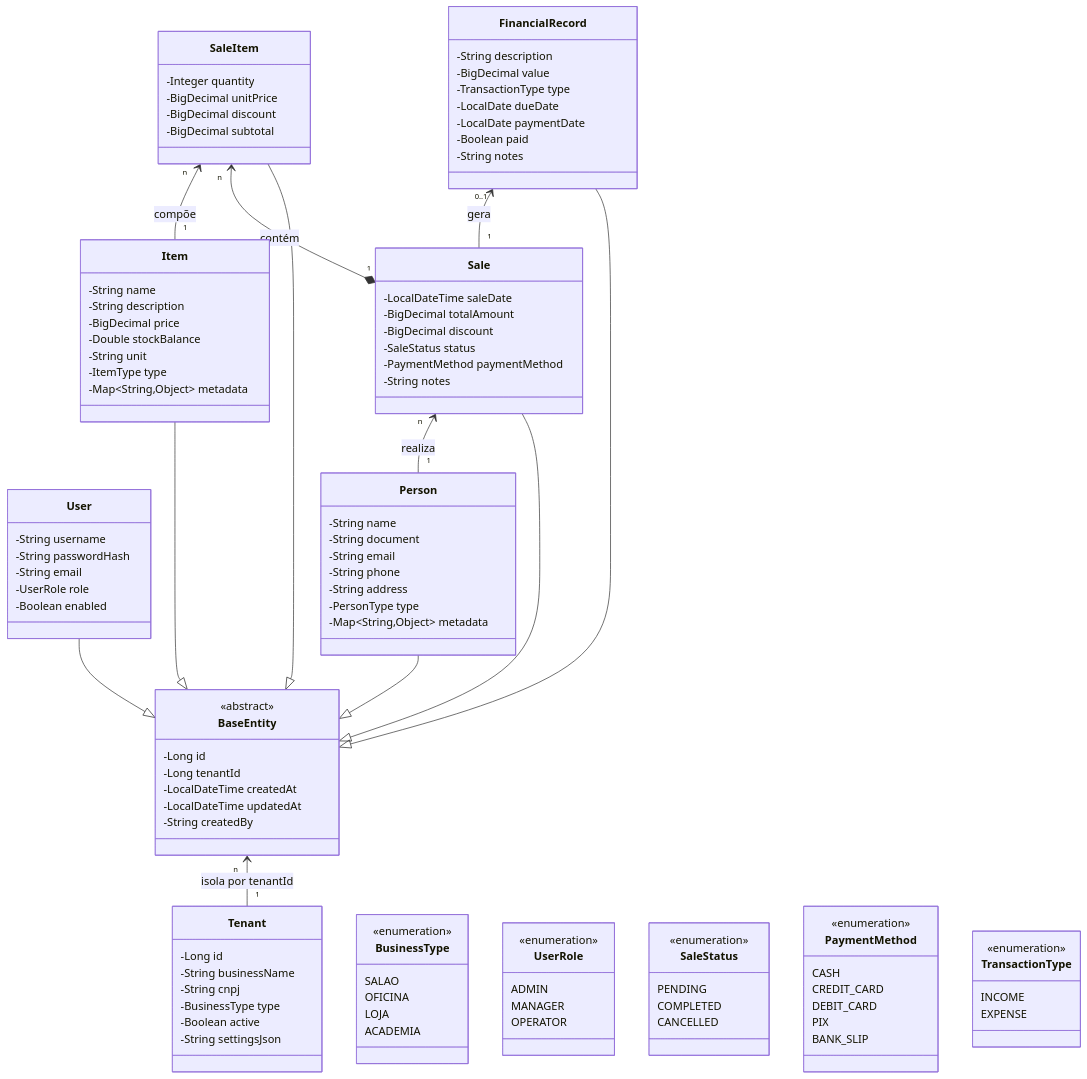
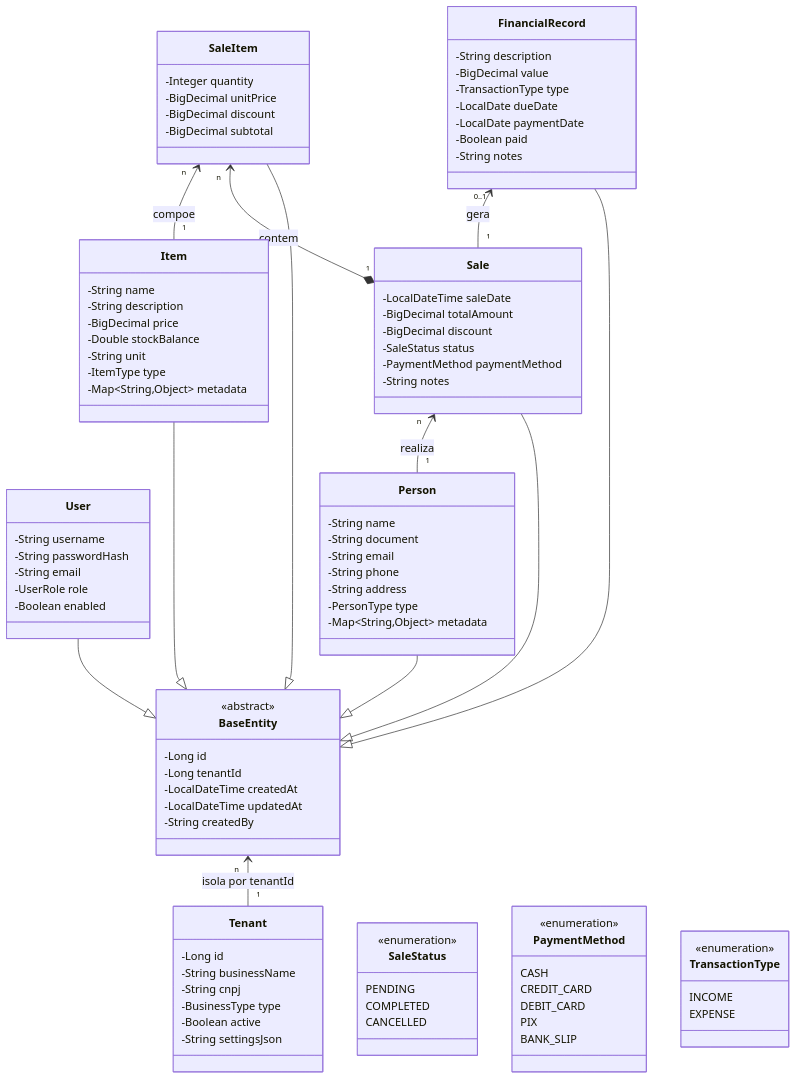
The diagram in README.md (vitinh0z/sgpe), drawn with Mermaid before and after one commit. The commit also changed other lines of this file, not shown here.

````diff
--- a/README.md
+++ b/README.md
@@ -168,21 +228,6 @@
         -String notes
     }
 
-    class BusinessType {
-        <<enumeration>>
-        SALAO
-        OFICINA
-        LOJA
-        ACADEMIA
-    }
-
-    class UserRole {
-        <<enumeration>>
-        ADMIN
-        MANAGER
-        OPERATOR
-    }
-
     class SaleStatus {
         <<enumeration>>
         PENDING
@@ -214,7 +259,7 @@
 
     Tenant "1" --> "n" BaseEntity : isola por tenantId
     Person "1" --> "n" Sale : realiza
-    Sale "1" *--> "n" SaleItem : contém
-    Item "1" --> "n" SaleItem : compõe
+    Sale "1" *--> "n" SaleItem : contem
+    Item "1" --> "n" SaleItem : compoe
     Sale "1" --> "0..1" FinancialRecord : gera
 ```
````
